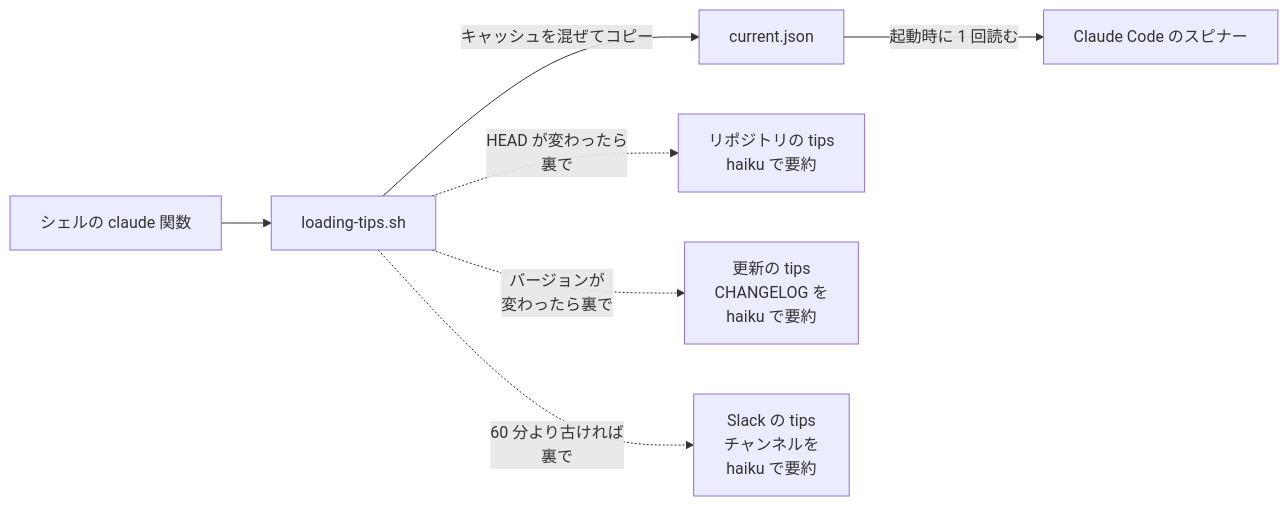
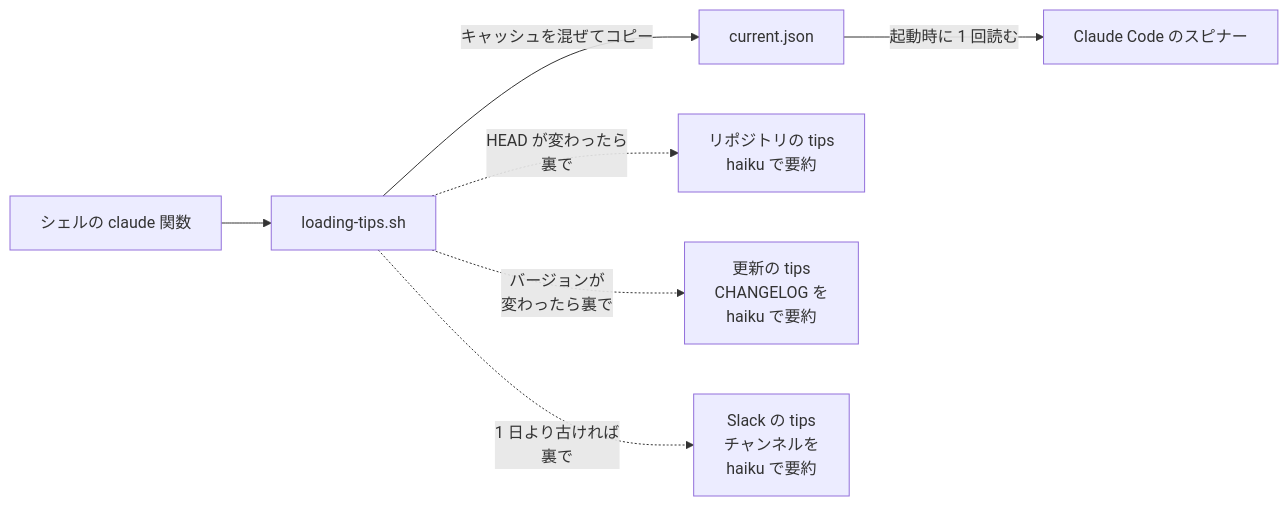
The diagram in src/content/blog/claude-code-spinner-tips.md (kimuchanman/kimuchanman.github.io), drawn with Mermaid before and after one commit. The commit also changed other lines of this file, not shown here.

Commit message:
Slack tips: daily refresh, channels you work in

````diff
--- a/src/content/blog/claude-code-spinner-tips.md
+++ b/src/content/blog/claude-code-spinner-tips.md
@@ -23,9 +23,9 @@
 ```mermaid
 flowchart LR
   F["シェルの claude 関数"] --> S["loading-tips.sh"]
   S -- "キャッシュを混ぜてコピー" --> C["current.json"]
   C -- "起動時に 1 回読む" --> CC["Claude Code のスピナー"]
   S -. "HEAD が変わったら<br/>裏で" .-> R["リポジトリの tips<br/>haiku で要約"]
   S -. "バージョンが<br/>変わったら裏で" .-> U["更新の tips<br/>CHANGELOG を<br/>haiku で要約"]
-  S -. "60 分より古ければ<br/>裏で" .-> K["Slack の tips<br/>チャンネルを<br/>haiku で要約"]
+  S -. "1 日より古ければ<br/>裏で" .-> K["Slack の tips<br/>チャンネルを<br/>haiku で要約"]
 ```
````
